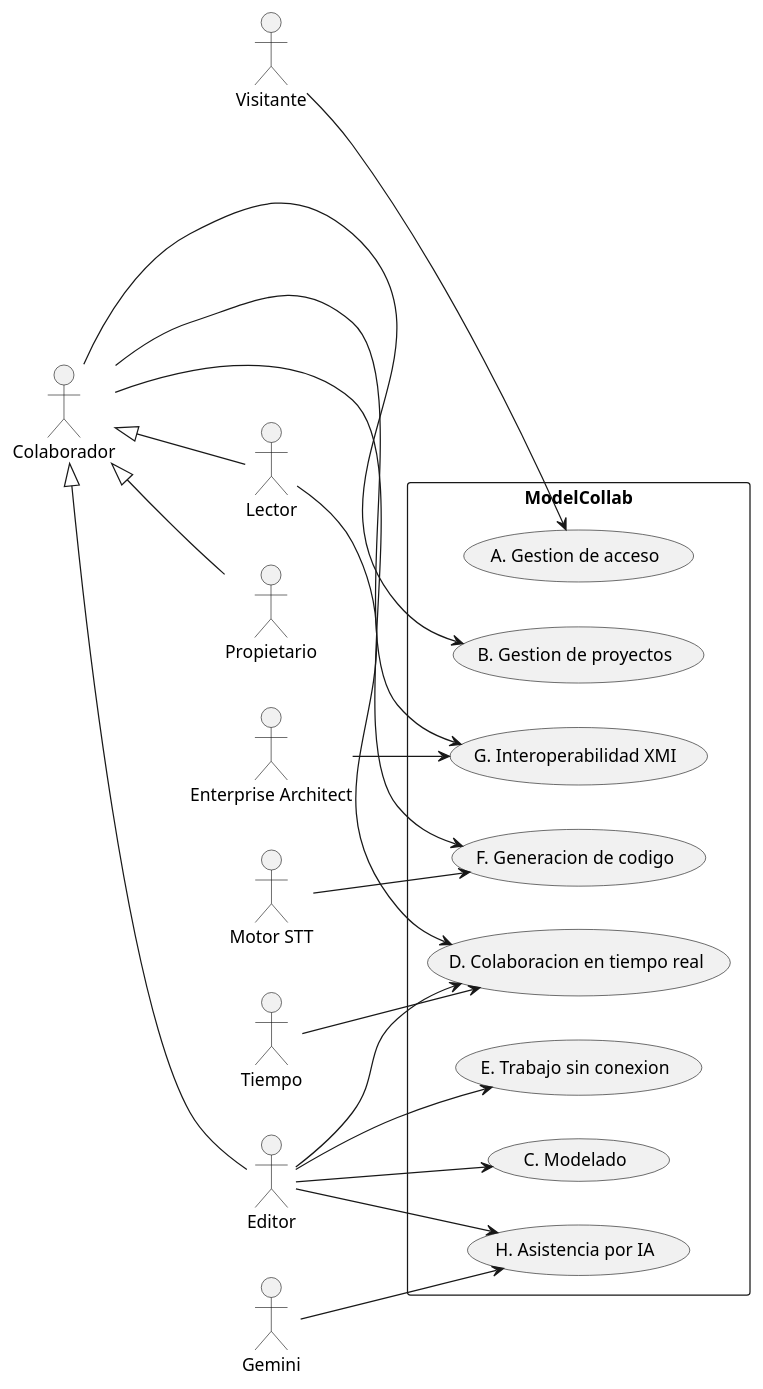
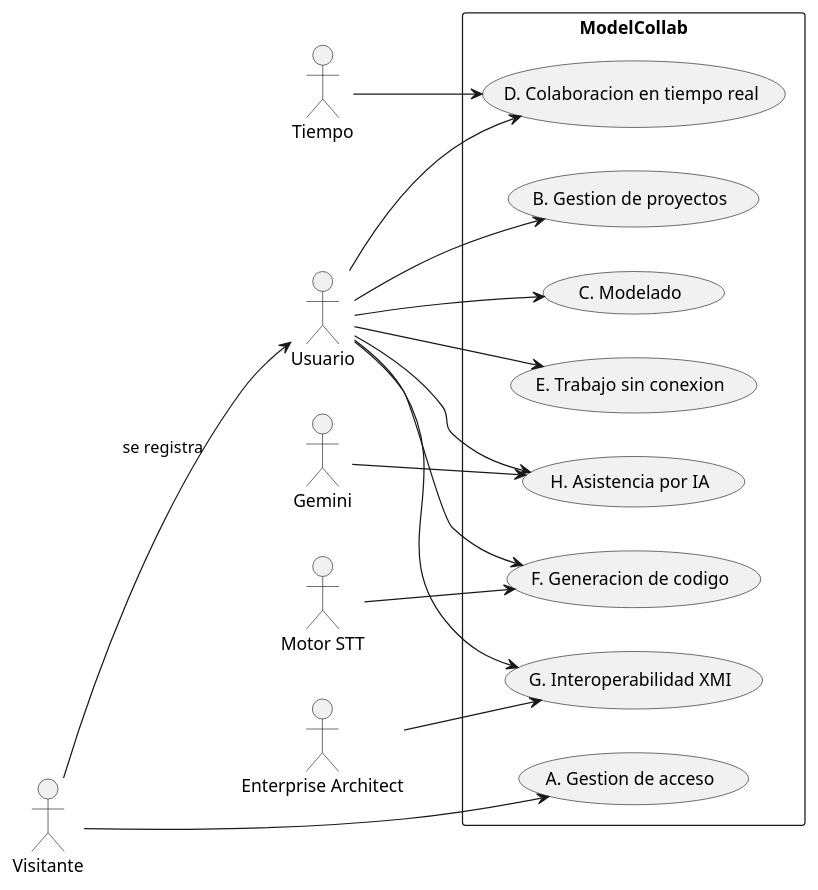
One commit to daniel-ol5/diagramacolaborativo changed the diagram in docs/puds/diagramas/casos-de-uso-general.puml. Above: the diagram before and after it, drawn with PlantUML. The commit also changed 7 other files, not shown here.

```diff
--- a/docs/puds/diagramas/casos-de-uso-general.puml
+++ b/docs/puds/diagramas/casos-de-uso-general.puml
@@ -1,44 +1,38 @@
 @startuml casos-de-uso-general
 ' ModelCollab - Diagrama de contexto: actores y paquetes de casos de uso
 left to right direction
 skinparam packageStyle rectangle
 
 actor "Visitante" as V
-actor "Colaborador" as C
-actor "Propietario" as OW
-actor "Editor" as ED
-actor "Lector" as VI
+actor "Usuario" as U
 actor "Tiempo" as T
 actor "Gemini" as G
 actor "Enterprise Architect" as EA
 actor "Motor STT" as STT
 
-C <|-- OW
-C <|-- ED
-C <|-- VI
+V --> U : se registra
 
 rectangle "ModelCollab" {
   usecase "A. Gestion de acceso" as A
   usecase "B. Gestion de proyectos" as B
   usecase "C. Modelado" as CC
   usecase "D. Colaboracion en tiempo real" as D
   usecase "E. Trabajo sin conexion" as E
   usecase "F. Generacion de codigo" as F
   usecase "G. Interoperabilidad XMI" as GG
   usecase "H. Asistencia por IA" as H
 }
 
 V --> A
-C --> B
-ED --> CC
-ED --> D
-VI --> D
+U --> B
+U --> CC
+U --> D
 T --> D
-ED --> E
-C --> F
+U --> E
+U --> F
 STT --> F
-C --> GG
+U --> GG
 EA --> GG
-ED --> H
+U --> H
 G --> H
 @enduml
```
